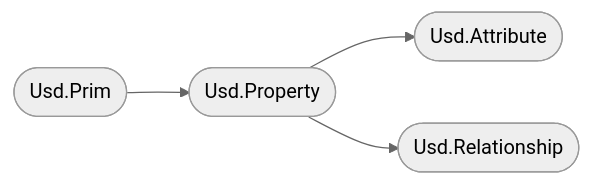
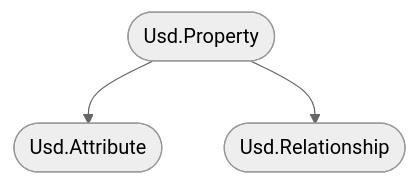
Before and after one commit to LucaScheller/VFX-UsdSurvivalGuide: the first of 2 diagrams in docs/src/core/elements/property.md, drawn with Mermaid (neutral theme). The commit also changed other lines of this file and 6 other files, not shown here.

````diff
--- a/docs/src/core/elements/property.md
+++ b/docs/src/core/elements/property.md
@@ -5,6 +5,6 @@
 ```mermaid
-flowchart LR
-    prim([Usd.Prim]) --> property([Usd.Property])
+flowchart TD
+    property([Usd.Property])
     property --> attribute([Usd.Attribute])
     property --> relationship([Usd.Relationship])
 ```
````
